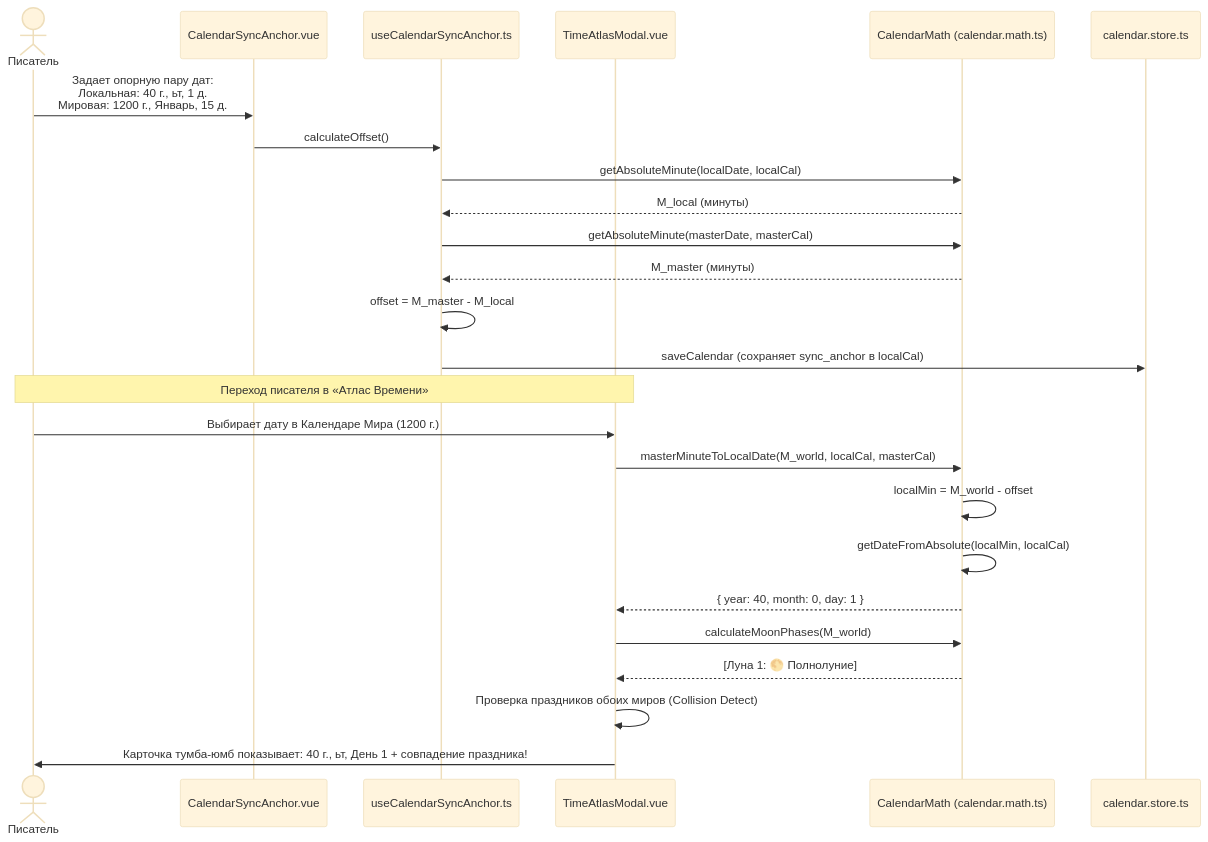
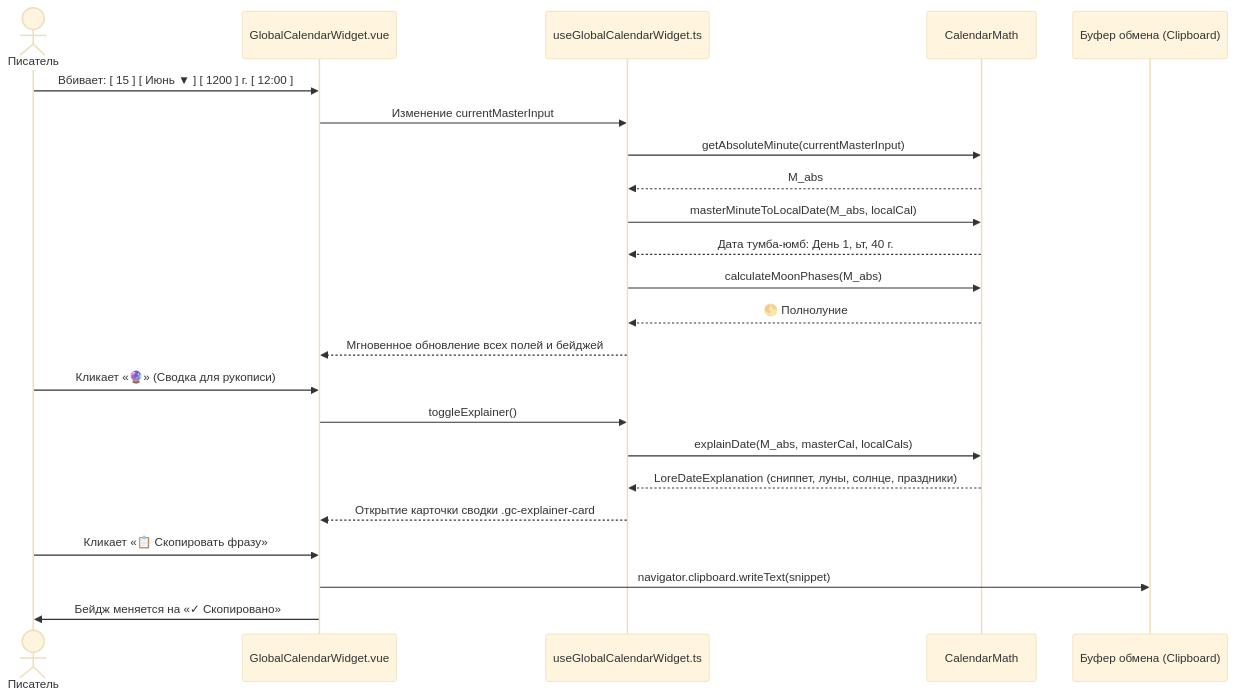
One commit to nagisokyn-prog/WorldWiki changed the second of 4 diagrams in apps/spa/src/ts/features/timeline/Calendars/README_Calendars.md. Above: the diagram before and after it, drawn with Mermaid (base theme). The commit also changed other lines of this file and 10 other files, not shown here.

Commit message:
feat: implement TimeAtlas modal for multi-calendar synchronization and time conversion

````diff
--- a/apps/spa/src/ts/features/timeline/Calendars/README_Calendars.md
+++ b/apps/spa/src/ts/features/timeline/Calendars/README_Calendars.md
@@ -426,29 +252,27 @@
 ```mermaid
 sequenceDiagram
     actor User as Писатель
-    participant AnchorUI as CalendarSyncAnchor.vue
-    participant AnchorHook as useCalendarSyncAnchor.ts
-    participant AtlasUI as TimeAtlasModal.vue
-    participant Math as CalendarMath (calendar.math.ts)
-    participant Store as calendar.store.ts
+    participant Widget as GlobalCalendarWidget.vue
+    participant WHook as useGlobalCalendarWidget.ts
+    participant Math as CalendarMath
+    participant Clip as Буфер обмена (Clipboard)
 
-    User->>AnchorUI: Задает опорную пару дат:<br/>Локальная: 40 г., ьт, 1 д.<br/>Мировая: 1200 г., Январь, 15 д.
-    AnchorUI->>AnchorHook: calculateOffset()
-    AnchorHook->>Math: getAbsoluteMinute(localDate, localCal)
-    Math-->>AnchorHook: M_local (минуты)
-    AnchorHook->>Math: getAbsoluteMinute(masterDate, masterCal)
-    Math-->>AnchorHook: M_master (минуты)
-    AnchorHook->>AnchorHook: offset = M_master - M_local
-    AnchorHook->>Store: saveCalendar (сохраняет sync_anchor в localCal)
-    
-    Note over User,AtlasUI: Переход писателя в «Атлас Времени»
-    User->>AtlasUI: Выбирает дату в Календаре Мира (1200 г.)
-    AtlasUI->>Math: masterMinuteToLocalDate(M_world, localCal, masterCal)
-    Math->>Math: localMin = M_world - offset
-    Math->>Math: getDateFromAbsolute(localMin, localCal)
-    Math-->>AtlasUI: { year: 40, month: 0, day: 1 }
-    AtlasUI->>Math: calculateMoonPhases(M_world)
-    Math-->>AtlasUI: [Луна 1: 🌕 Полнолуние]
-    AtlasUI->>AtlasUI: Проверка праздников обоих миров (Collision Detect)
-    AtlasUI->>User: Карточка тумба-юмб показывает: 40 г., ьт, День 1 + совпадение праздника!
+    User->>Widget: Вбивает: [ 15 ] [ Июнь ▼ ] [ 1200 ] г. [ 12:00 ]
+    Widget->>WHook: Изменение currentMasterInput
+    WHook->>Math: getAbsoluteMinute(currentMasterInput)
+    Math-->>WHook: M_abs
+    WHook->>Math: masterMinuteToLocalDate(M_abs, localCal)
+    Math-->>WHook: Дата тумба-юмб: День 1, ьт, 40 г.
+    WHook->>Math: calculateMoonPhases(M_abs)
+    Math-->>WHook: 🌕 Полнолуние
+    WHook-->>Widget: Мгновенное обновление всех полей и бейджей
+
+    User->>Widget: Кликает «🔮» (Сводка для рукописи)
+    Widget->>WHook: toggleExplainer()
+    WHook->>Math: explainDate(M_abs, masterCal, localCals)
+    Math-->>WHook: LoreDateExplanation (сниппет, луны, солнце, праздники)
+    WHook-->>Widget: Открытие карточки сводки .gc-explainer-card
+    User->>Widget: Кликает «📋 Скопировать фразу»
+    Widget->>Clip: navigator.clipboard.writeText(snippet)
+    Widget->>User: Бейдж меняется на «✓ Скопировано»
 ```
````
